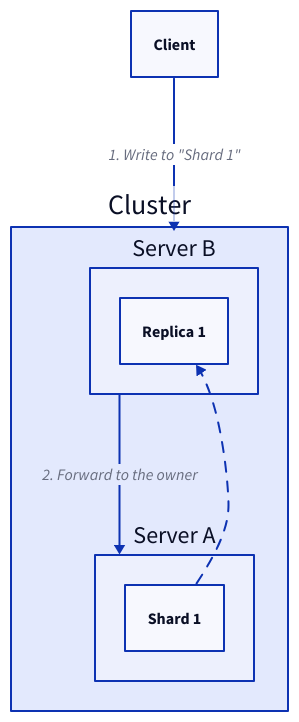
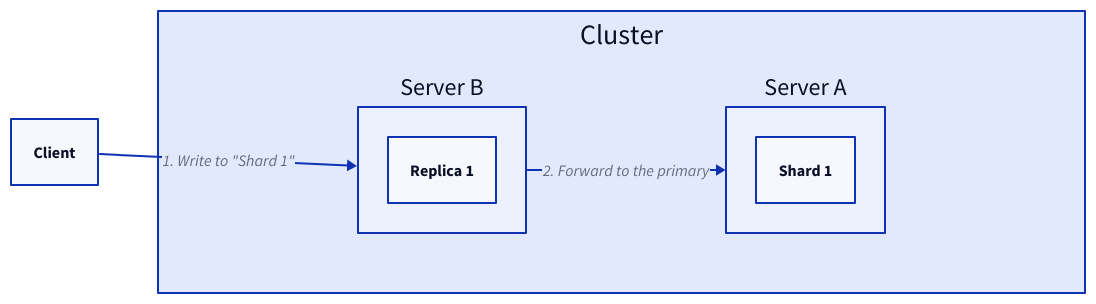
Before and after one commit to link1905/system-design-101: the seventh of 10 diagrams in content/docs/data-persistence/distributed-database/peer-to-peer-architecture/_index.md, drawn with D2. The commit also changed other lines of this file and 40 other files, not shown here.

````diff
--- a/content/docs/data-persistence/distributed-database/peer-to-peer-architecture/_index.md
+++ b/content/docs/data-persistence/distributed-database/peer-to-peer-architecture/_index.md
@@ -457,18 +492,17 @@
 ```d2
 client: Client {
     class: client
 }
 c: Cluster {
-    sa: Server A {
-        s: Shard 1
-    }
-    sb: Server B {
-        s: Replica 1
-    }
-    sa.s -> sb.s {
-        style.animated: true
-    }
+  grid-rows: 1
+  horizontal-gap: 200
+  sb: Server B {
+    s: Replica 1
+  }
+  sa: Server A {
+    s: Shard 1
+  }
 }
 client -> c.sb: '1. Write to "Shard 1"'
-c.sb -> c.sa: 2. Forward to the owner
+c.sb -> c.sa: "2. Forward to the primary"
 ```
````
